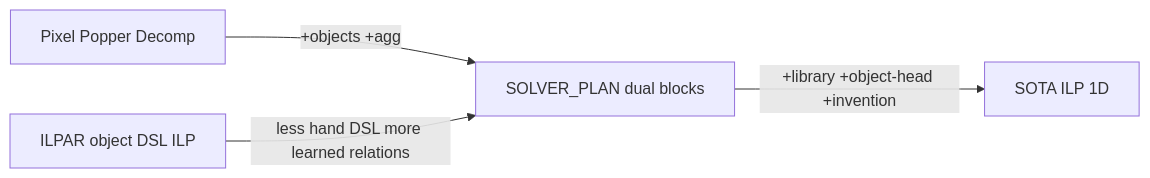
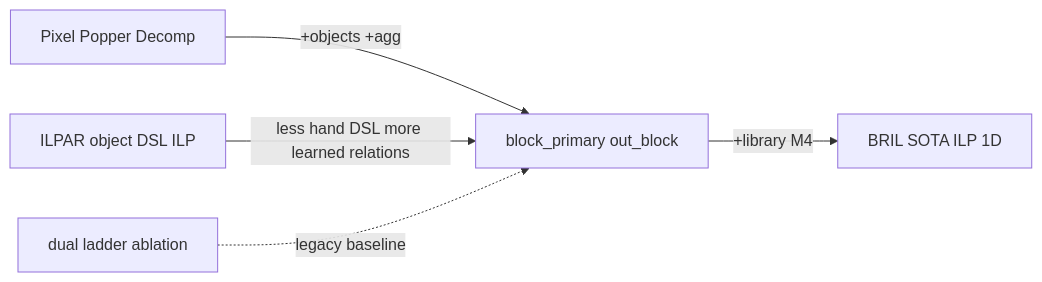
The diagram in docs/ILP-1D-Method.md (esmaeilzadeh/object-based-ilp-1d-arc), drawn with Mermaid before and after one commit. The commit also changed other lines of this file and 1 other file, not shown here.

First line of the commit message:
Refresh ILP-1D-Method and mark doc plan executed.

````diff
--- a/docs/ILP-1D-Method.md
+++ b/docs/ILP-1D-Method.md
@@ -47,6 +59,7 @@
 ```mermaid
 flowchart LR
-  pixelPopper[Pixel Popper Decomp] -->|"+objects +agg"| yourPlan[SOLVER_PLAN dual blocks]
-  ilpar[ILPAR object DSL ILP] -->|"less hand DSL more learned relations"| yourPlan
-  yourPlan -->|"+library +object-head +invention"| sota[SOTA ILP 1D]
+  pixelPopper[Pixel Popper Decomp] -->|"+objects +agg"| blockPrimary[block_primary out_block]
+  ilpar[ILPAR object DSL ILP] -->|"less hand DSL more learned relations"| blockPrimary
+  blockPrimary -->|"+library M4"| sota[BRIL SOTA ILP 1D]
+  dualAblation[dual ladder ablation] -.->|"legacy baseline"| blockPrimary
 ```
````
